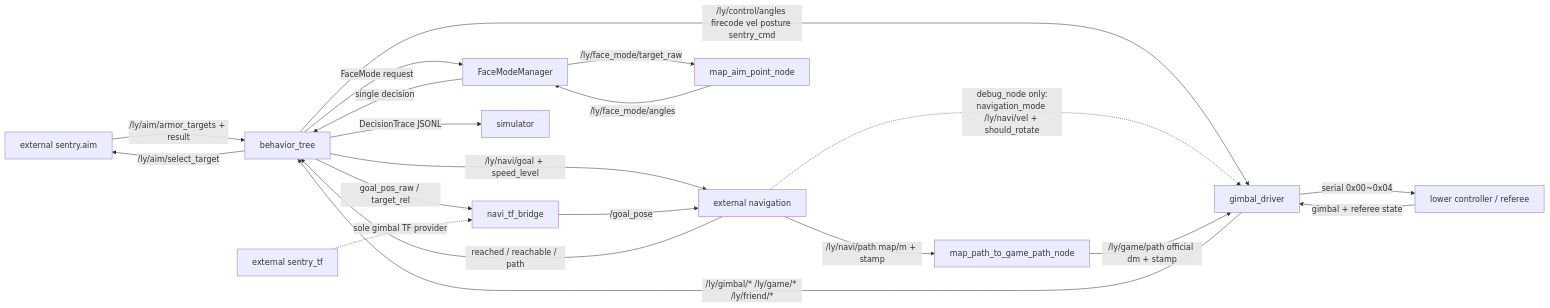
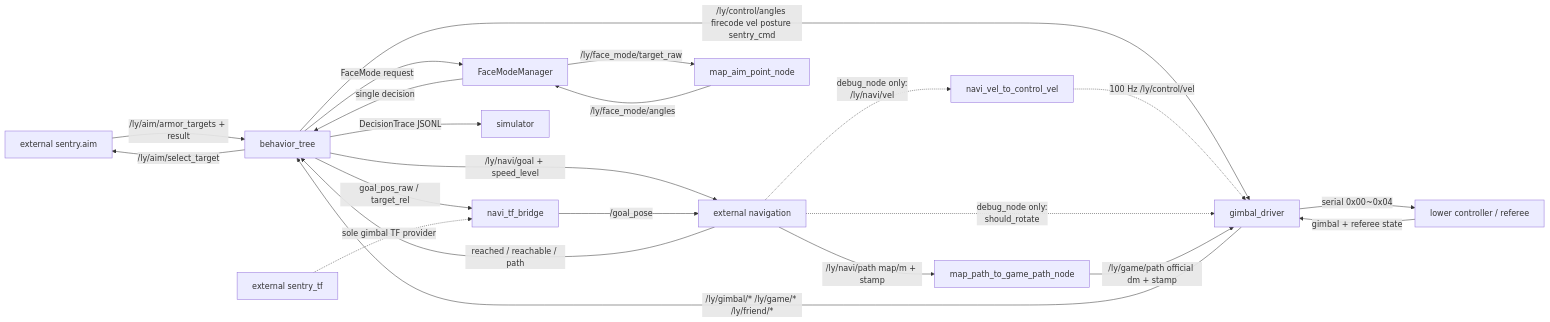
One commit to UnWanHin/ros2_ly_ws_sentary changed the diagram in .understand-anything/project-knowledge-graph.md. Above: the diagram before and after it, drawn with Mermaid. The commit also changed other lines of this file and 14 other files, not shown here.

Commit message:
gimbal_driver: bridge debug velocity control

````diff
--- a/.understand-anything/project-knowledge-graph.md
+++ b/.understand-anything/project-knowledge-graph.md
@@ -19,24 +19,26 @@
 ```mermaid
 flowchart LR
   AIM[external sentry.aim] -->|/ly/aim/armor_targets + result| BT[behavior_tree]
   BT -->|/ly/aim/select_target| AIM
   BT -->|/ly/control/angles firecode vel posture sentry_cmd| GD[gimbal_driver]
   GD -->|serial 0x00~0x04| LOWER[lower controller / referee]
   LOWER -->|gimbal + referee state| GD
   GD -->|/ly/gimbal/* /ly/game/* /ly/friend/*| BT
 
   BT -->|/ly/navi/goal + speed_level| NAV
   BT -->|goal_pos_raw / target_rel| BRIDGE[navi_tf_bridge]
   BT -->|FaceMode request| FACE[FaceModeManager]
   FACE -->|/ly/face_mode/target_raw| FACE_SOLVER[map_aim_point_node]
   FACE_SOLVER -->|/ly/face_mode/angles| FACE
   FACE -->|single decision| BT
   BRIDGE -->|/goal_pose| NAV[external navigation]
   NAV -->|reached / reachable / path| BT
-  NAV -.debug_node only:\nnavigation_mode /ly/navi/vel + should_rotate.-> GD
+  NAV -.debug_node only:\n/ly/navi/vel.-> DEBUG_VEL[navi_vel_to_control_vel]
+  DEBUG_VEL -.100 Hz /ly/control/vel.-> GD
+  NAV -.debug_node only:\nshould_rotate.-> GD
   NAV -->|/ly/navi/path map/m + stamp| PATH[map_path_to_game_path_node]
   PATH -->|/ly/game/path official dm + stamp| GD
 
   TF[external sentry_tf] -.sole gimbal TF provider.-> BRIDGE
   BT -->|DecisionTrace JSONL| SIM[simulator]
 ```
````
